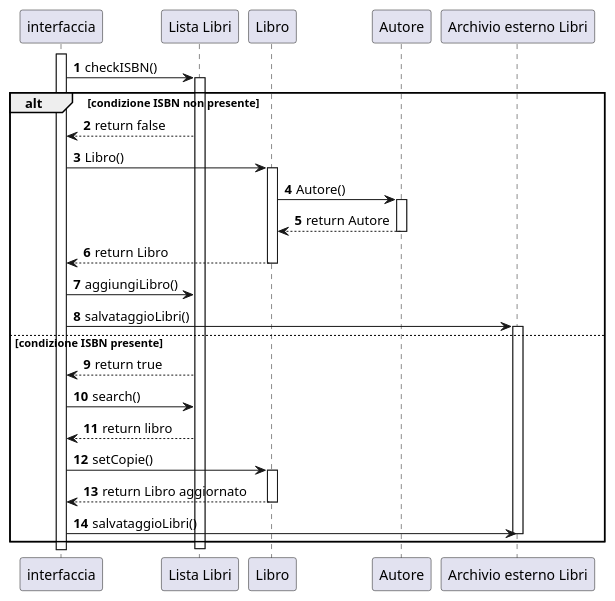
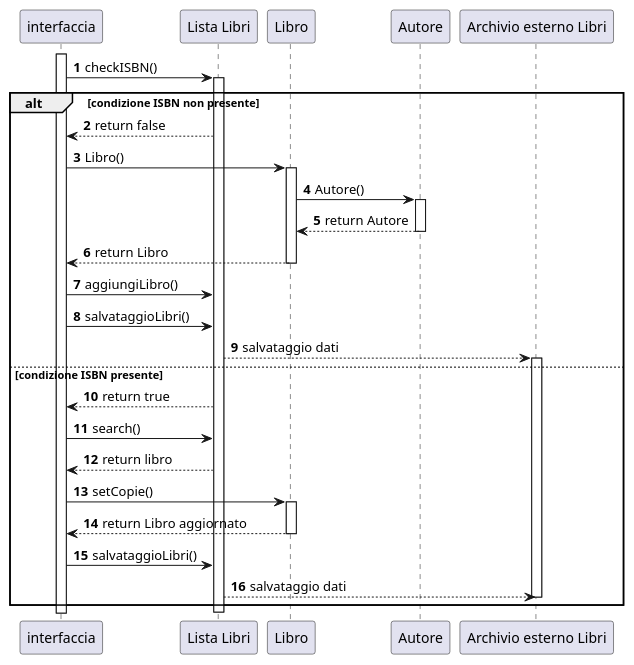
Before and after one commit to amalinconico6-cpu/Biblioteca_universitaria_10: the diagram in Progettazione/AllDiagramsCode/IndividualSequenceDiagramsCode/AggiungiLibro.wsd, drawn with PlantUML.

Commit message:
Modifica Diagrammi di sequenza

```diff
--- a/Progettazione/AllDiagramsCode/IndividualSequenceDiagramsCode/AggiungiLibro.wsd
+++ b/Progettazione/AllDiagramsCode/IndividualSequenceDiagramsCode/AggiungiLibro.wsd
@@ -1,37 +1,39 @@
 @startuml
 autonumber
 
 participant "interfaccia" as g
 participant "Lista Libri" as archiviol
 participant "Libro" as l
 participant "Autore" as a
 participant "Archivio esterno Libri" as archivioe
 activate g
 g->archiviol:checkISBN()
 alt condizione ISBN non presente
 activate archiviol
 archiviol-->g:return false
 g->l:Libro()
 activate l
 l->a:Autore()
 activate a
 a-->l:return Autore
 deactivate a
 l-->g:return Libro
 deactivate l
 g->archiviol:aggiungiLibro()
-g->archivioe: salvataggioLibri()
+g->archiviol: salvataggioLibri()
+archiviol-->archivioe:salvataggio dati
 activate archivioe
 else condizione ISBN presente
 archiviol-->g:return true
 g->archiviol:search()
 archiviol-->g:return libro
 g->l:setCopie()
 activate l
 l-->g:return Libro aggiornato
 deactivate l
-g->archivioe: salvataggioLibri()
+g->archiviol: salvataggioLibri()
+archiviol-->archivioe:salvataggio dati
 deactivate archivioe
 end
 deactivate archiviol
 @enduml
```
